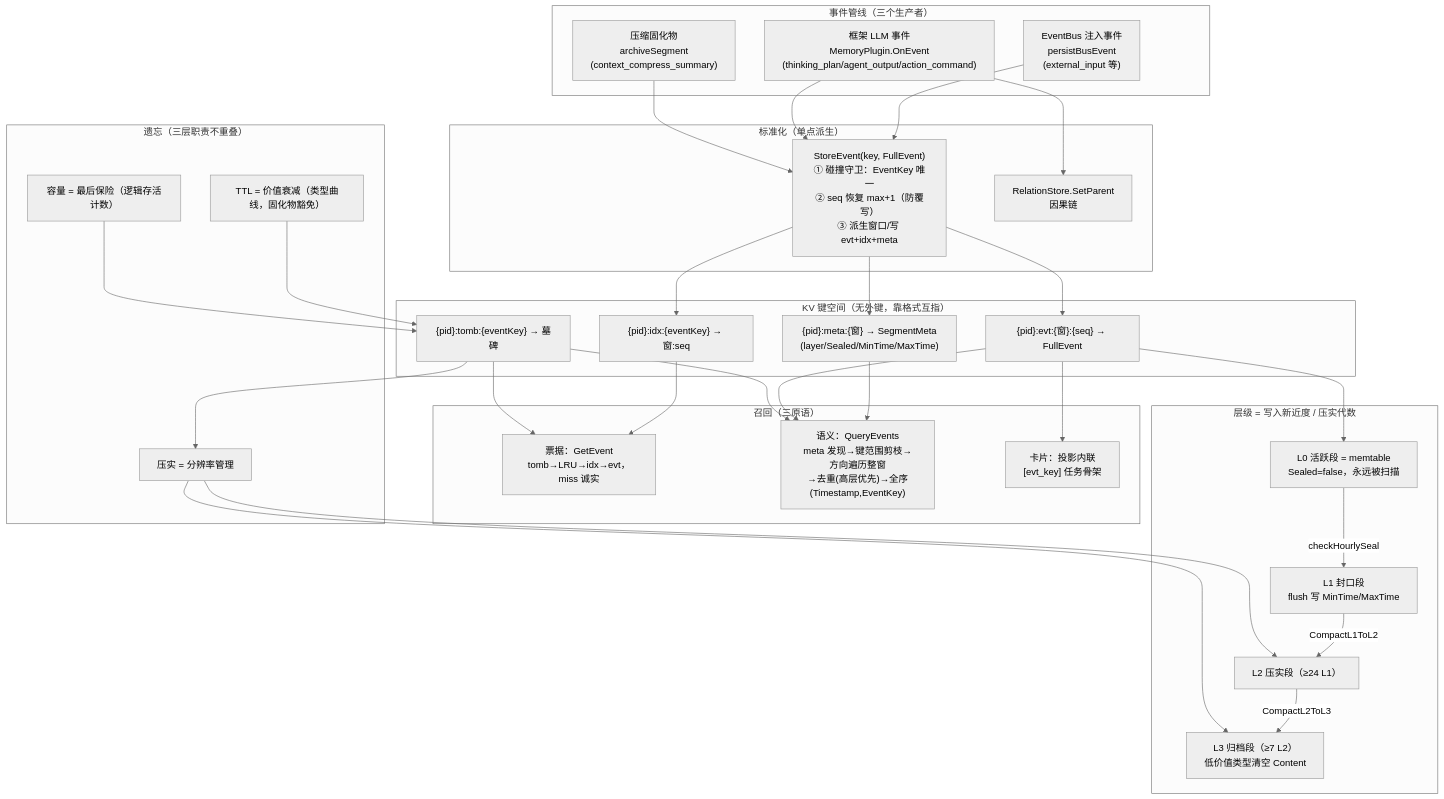
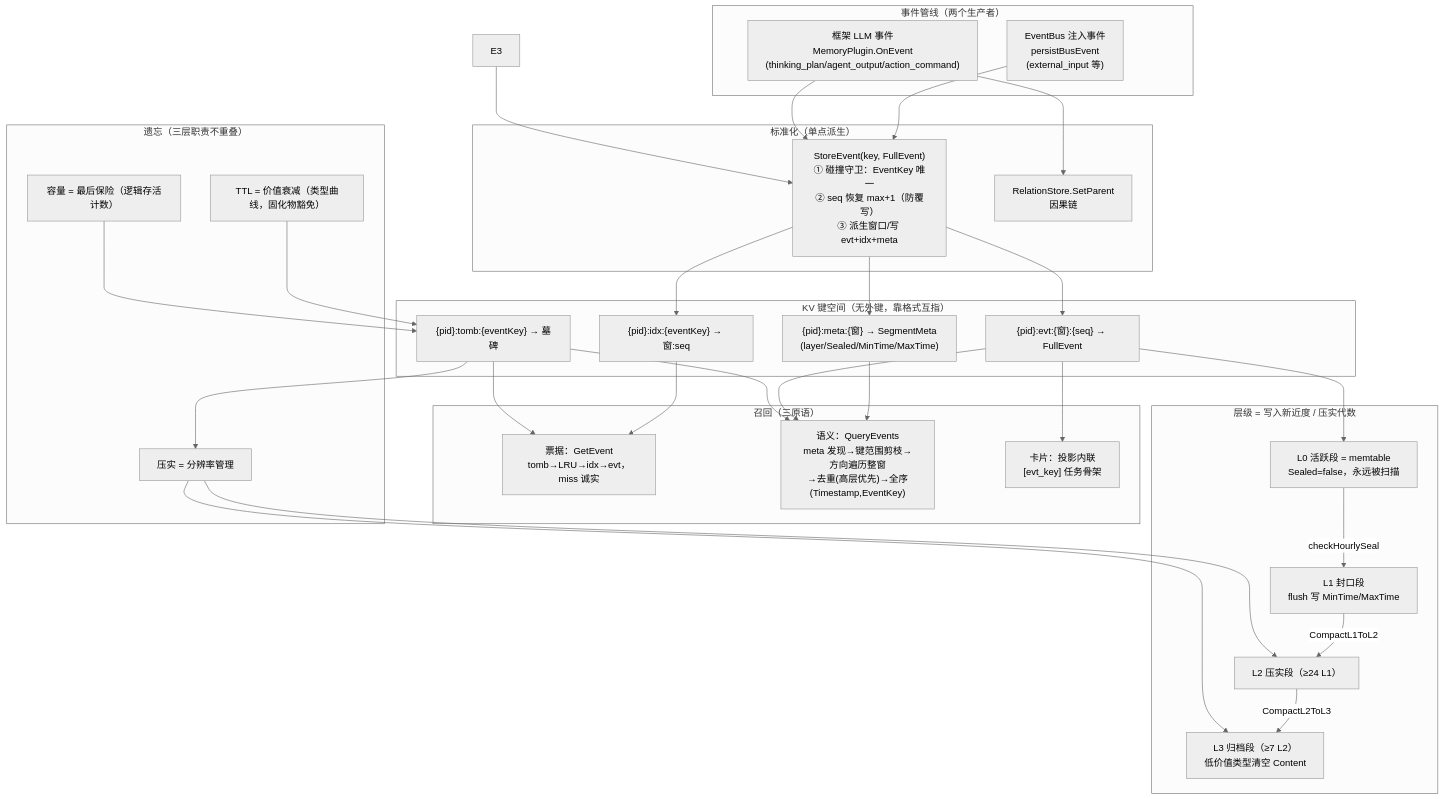
One commit to SpellingDragon/tagent changed the seventh of 10 diagrams in docs/wiki/memory/memory-architecture.md. Above: the diagram before and after it, drawn with Mermaid (neutral theme). The commit also changed other lines of this file and 6 other files, not shown here.

````diff
--- a/docs/wiki/memory/memory-architecture.md
+++ b/docs/wiki/memory/memory-architecture.md
@@ -952,62 +949,61 @@
 ```mermaid
 graph TB
-    subgraph PIPE["事件管线（三个生产者）"]
+    subgraph PIPE["事件管线（两个生产者）"]
         E1["EventBus 注入事件<br/>persistBusEvent<br/>(external_input 等)"]
         E2["框架 LLM 事件<br/>MemoryPlugin.OnEvent<br/>(thinking_plan/agent_output/action_command)"]
-        E3["压缩固化物<br/>archiveSegment<br/>(context_compress_summary)"]
     end
 
     subgraph STD["标准化（单点派生）"]
         SE["StoreEvent(key, FullEvent)<br/>① 碰撞守卫：EventKey 唯一<br/>② seq 恢复 max+1（防覆写）<br/>③ 派生窗口/写 evt+idx+meta"]
         REL["RelationStore.SetParent<br/>因果链"]
     end
 
     subgraph KV["KV 键空间（无外键，靠格式互指）"]
         EVT["{pid}:evt:{窗}:{seq} → FullEvent"]
         IDX["{pid}:idx:{eventKey} → 窗:seq"]
         META["{pid}:meta:{窗} → SegmentMeta<br/>(layer/Sealed/MinTime/MaxTime)"]
         TOMB["{pid}:tomb:{eventKey} → 墓碑"]
     end
 
     subgraph LSM["层级 = 写入新近度 / 压实代数"]
         L0["L0 活跃段 = memtable<br/>Sealed=false，永远被扫描"]
         L1["L1 封口段<br/>flush 写 MinTime/MaxTime"]
         L2["L2 压实段（≥24 L1）"]
         L3["L3 归档段（≥7 L2）<br/>低价值类型清空 Content"]
     end
 
     subgraph READ["召回（三原语）"]
         R1["票据：GetEvent<br/>tomb→LRU→idx→evt，miss 诚实"]
         R2["语义：QueryEvents<br/>meta 发现→键范围剪枝→方向遍历整窗<br/>→去重(高层优先)→全序(Timestamp,EventKey)"]
         R3["卡片：投影内联<br/>[evt_key] 任务骨架"]
     end
 
     subgraph LIFE["遗忘（三层职责不重叠）"]
         FC["压实 = 分辨率管理"]
         FT["TTL = 价值衰减（类型曲线，固化物豁免）"]
         FP["容量 = 最后保险（逻辑存活计数）"]
     end
 
     E1 --> SE
     E2 --> SE
     E3 --> SE
     E2 --> REL
     SE --> EVT
     SE --> IDX
     SE --> META
     EVT --> L0
     L0 -->|checkHourlySeal| L1
     L1 -->|CompactL1ToL2| L2
     L2 -->|CompactL2ToL3| L3
     IDX --> R1
     META --> R2
     EVT --> R2
     EVT --> R3
     FC --> L2
     FC --> L3
     FT --> TOMB
     FP --> TOMB
     TOMB --> R1
     TOMB --> R2
     TOMB --> FC
 ```
````
